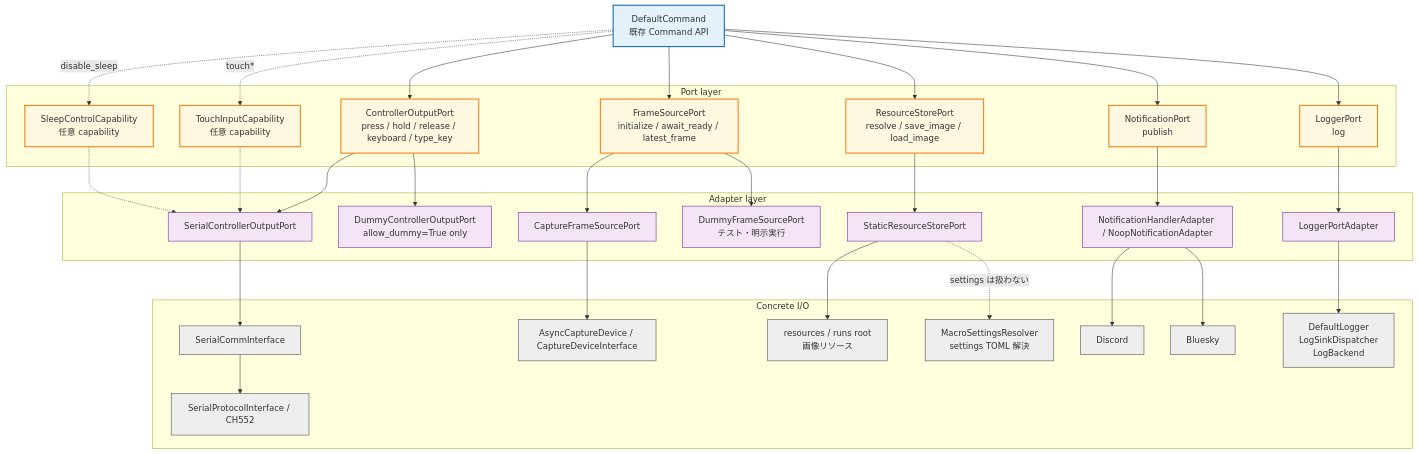
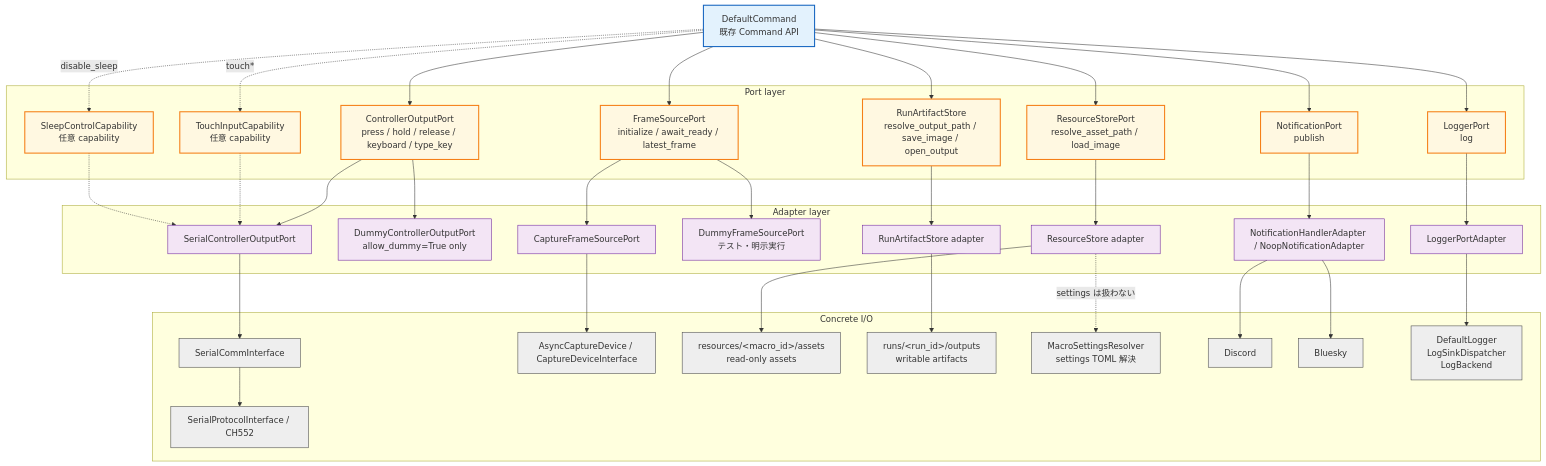
The third of 5 diagrams in spec/framework/rearchitecture/ARCHITECTURE_DIAGRAMS.md (niart120/Project_NyX), drawn with Mermaid before and after one commit. The commit also changed other lines of this file and 10 other files, not shown here.

````diff
--- a/spec/framework/rearchitecture/ARCHITECTURE_DIAGRAMS.md
+++ b/spec/framework/rearchitecture/ARCHITECTURE_DIAGRAMS.md
@@ -266,65 +280,70 @@
 ```mermaid
 flowchart TB
     DefaultCommandImpl["DefaultCommand<br/>既存 Command API"]
 
     subgraph PortLayer["Port layer"]
         Controller["ControllerOutputPort<br/>press / hold / release / keyboard / type_key"]
         Capture["FrameSourcePort<br/>initialize / await_ready / latest_frame"]
-        Resource["ResourceStorePort<br/>resolve / save_image / load_image"]
+        Resource["ResourceStorePort<br/>resolve_asset_path / load_image"]
+        Artifact["RunArtifactStore<br/>resolve_output_path / save_image / open_output"]
         Notify["NotificationPort<br/>publish"]
         Logger["LoggerPort<br/>log"]
         Touch["TouchInputCapability<br/>任意 capability"]
         Sleep["SleepControlCapability<br/>任意 capability"]
     end
 
     subgraph AdapterLayer["Adapter layer"]
         SerialPort["SerialControllerOutputPort"]
         DummyController["DummyControllerOutputPort<br/>allow_dummy=True only"]
         CapturePort["CaptureFrameSourcePort"]
         DummyFrame["DummyFrameSourcePort<br/>テスト・明示実行"]
-        StaticStore["StaticResourceStorePort"]
+        ResourceStore["ResourceStore adapter"]
+        ArtifactStore["RunArtifactStore adapter"]
         NotificationHandlerAdapter["NotificationHandlerAdapter / NoopNotificationAdapter"]
         LoggerPortAdapter["LoggerPortAdapter"]
     end
 
     subgraph ConcreteIO["Concrete I/O"]
         SerialComm["SerialCommInterface"]
         Protocol["SerialProtocolInterface / CH552"]
         CaptureDevice["AsyncCaptureDevice / CaptureDeviceInterface"]
-        StaticRoot["resources / runs root<br/>画像リソース"]
+        AssetsRoot["resources/&lt;macro_id&gt;/assets<br/>read-only assets"]
+        OutputsRoot["runs/&lt;run_id&gt;/outputs<br/>writable artifacts"]
         SettingsResolver["MacroSettingsResolver<br/>settings TOML 解決"]
         Discord["Discord"]
         Bluesky["Bluesky"]
         LoggerComponents["DefaultLogger<br/>LogSinkDispatcher<br/>LogBackend"]
     end
 
     DefaultCommandImpl --> Controller
     DefaultCommandImpl --> Capture
     DefaultCommandImpl --> Resource
+    DefaultCommandImpl --> Artifact
     DefaultCommandImpl --> Notify
     DefaultCommandImpl --> Logger
     DefaultCommandImpl -. "touch*" .-> Touch
     DefaultCommandImpl -. "disable_sleep" .-> Sleep
 
     Controller --> SerialPort --> SerialComm --> Protocol
     Controller --> DummyController
     Touch -.-> SerialPort
     Sleep -.-> SerialPort
     Capture --> CapturePort --> CaptureDevice
     Capture --> DummyFrame
-    Resource --> StaticStore --> StaticRoot
-    StaticStore -. "settings は扱わない" .-> SettingsResolver
+    Resource --> ResourceStore --> AssetsRoot
+    Artifact --> ArtifactStore --> OutputsRoot
+    ResourceStore -. "settings は扱わない" .-> SettingsResolver
     Notify --> NotificationHandlerAdapter --> Discord
     NotificationHandlerAdapter --> Bluesky
     Logger --> LoggerPortAdapter --> LoggerComponents
 
     classDef port fill:#fff8e1,stroke:#f57f17,stroke-width:2px;
     classDef adapter fill:#f3e5f5,stroke:#6a1b9a,stroke-width:1px;
     classDef io fill:#eeeeee,stroke:#424242,stroke-width:1px;
     classDef commandimpl fill:#e3f2fd,stroke:#1565c0,stroke-width:2px;
 
     class DefaultCommandImpl commandimpl;
-    class Controller,Capture,Resource,Notify,Logger,Touch,Sleep port;
-    class SerialPort,DummyController,CapturePort,DummyFrame,StaticStore,NotificationHandlerAdapter,LoggerPortAdapter adapter;
-    class SerialComm,Protocol,CaptureDevice,StaticRoot,SettingsResolver,Discord,Bluesky,LoggerComponents io;
+    class Controller,Capture,Resource,Artifact,Notify,Logger,Touch,Sleep port;
+    class SerialPort,DummyController,CapturePort,DummyFrame,ResourceStore,ArtifactStore,NotificationHandlerAdapter,LoggerPortAdapter adapter;
+    class SerialComm,Protocol,CaptureDevice,AssetsRoot,OutputsRoot,SettingsResolver,Discord,Bluesky,LoggerComponents io;
 ```
````
